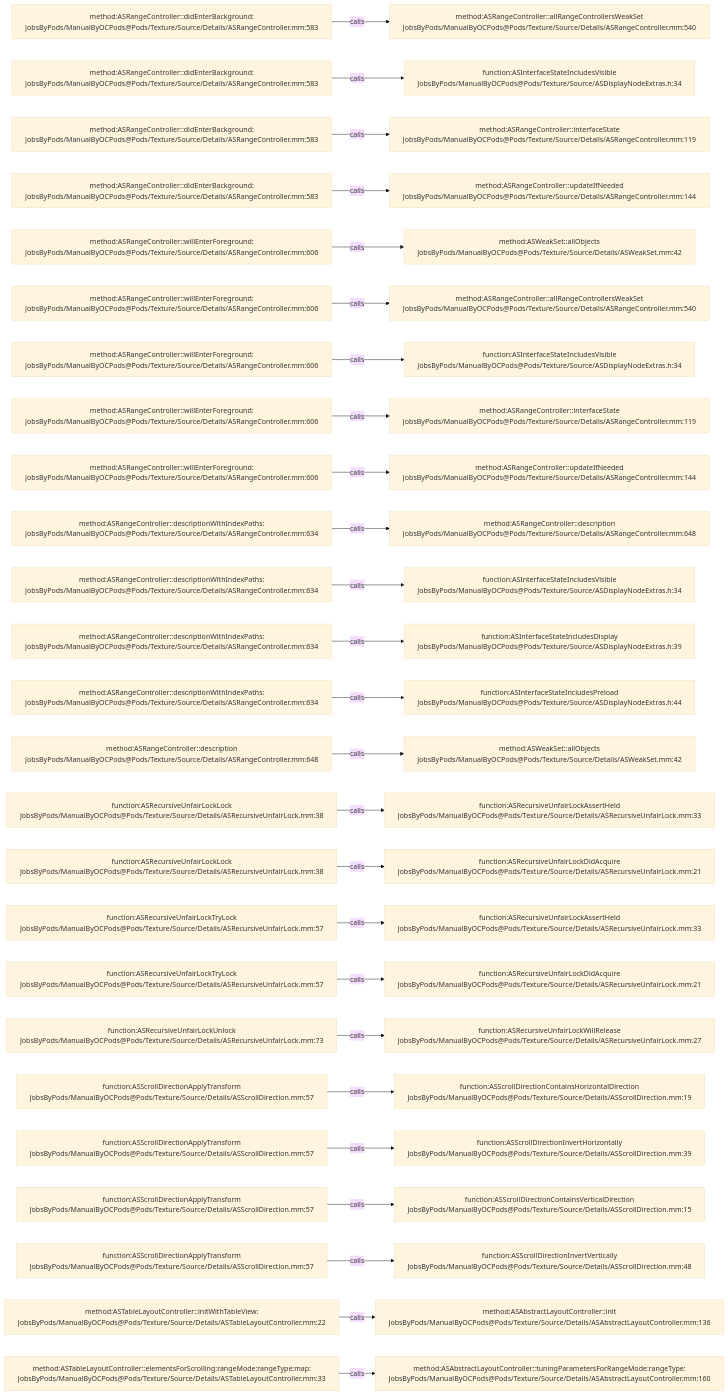
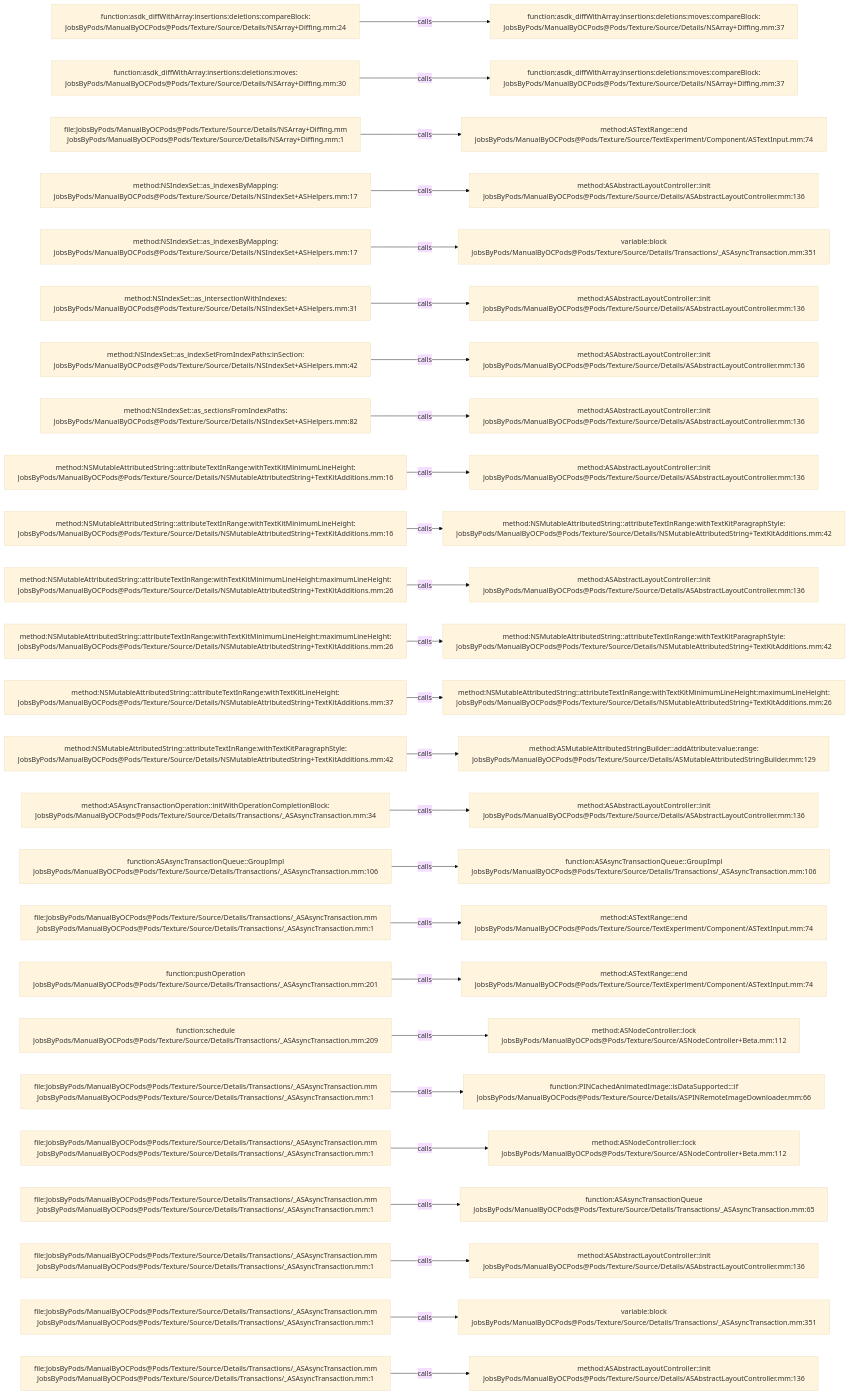
The diagram in .codegraph/codegraph.md/graphs/calls-166.md (JobsKits/JobsOCBaseConfigDemo), drawn with Mermaid (base theme) before and after one commit. The commit also changed 1353 other files, not shown here.

````diff
--- a/.codegraph/codegraph.md/graphs/calls-166.md
+++ b/.codegraph/codegraph.md/graphs/calls-166.md
@@ -13,78 +13,78 @@
 ```mermaid
 flowchart LR
-  S1["method:ASRangeController::didEnterBackground:<br/>JobsByPods/ManualByOCPods@Pods/Texture/Source/Details/ASRangeController.mm:583"]
-  T1["method:ASRangeController::allRangeControllersWeakSet<br/>JobsByPods/ManualByOCPods@Pods/Texture/Source/Details/ASRangeController.mm:540"]
+  S1["function:asdk_diffWithArray:insertions:deletions:compareBlock:<br/>JobsByPods/ManualByOCPods@Pods/Texture/Source/Details/NSArray+Diffing.mm:24"]
+  T1["function:asdk_diffWithArray:insertions:deletions:moves:compareBlock:<br/>JobsByPods/ManualByOCPods@Pods/Texture/Source/Details/NSArray+Diffing.mm:37"]
   S1 -->|calls| T1
-  S2["method:ASRangeController::didEnterBackground:<br/>JobsByPods/ManualByOCPods@Pods/Texture/Source/Details/ASRangeController.mm:583"]
-  T2["function:ASInterfaceStateIncludesVisible<br/>JobsByPods/ManualByOCPods@Pods/Texture/Source/ASDisplayNodeExtras.h:34"]
+  S2["function:asdk_diffWithArray:insertions:deletions:moves:<br/>JobsByPods/ManualByOCPods@Pods/Texture/Source/Details/NSArray+Diffing.mm:30"]
+  T2["function:asdk_diffWithArray:insertions:deletions:moves:compareBlock:<br/>JobsByPods/ManualByOCPods@Pods/Texture/Source/Details/NSArray+Diffing.mm:37"]
   S2 -->|calls| T2
-  S3["method:ASRangeController::didEnterBackground:<br/>JobsByPods/ManualByOCPods@Pods/Texture/Source/Details/ASRangeController.mm:583"]
-  T3["method:ASRangeController::interfaceState<br/>JobsByPods/ManualByOCPods@Pods/Texture/Source/Details/ASRangeController.mm:119"]
+  S3["file:JobsByPods/ManualByOCPods@Pods/Texture/Source/Details/NSArray+Diffing.mm<br/>JobsByPods/ManualByOCPods@Pods/Texture/Source/Details/NSArray+Diffing.mm:1"]
+  T3["method:ASTextRange::end<br/>JobsByPods/ManualByOCPods@Pods/Texture/Source/TextExperiment/Component/ASTextInput.mm:74"]
   S3 -->|calls| T3
-  S4["method:ASRangeController::didEnterBackground:<br/>JobsByPods/ManualByOCPods@Pods/Texture/Source/Details/ASRangeController.mm:583"]
-  T4["method:ASRangeController::updateIfNeeded<br/>JobsByPods/ManualByOCPods@Pods/Texture/Source/Details/ASRangeController.mm:144"]
+  S4["method:NSIndexSet::as_indexesByMapping:<br/>JobsByPods/ManualByOCPods@Pods/Texture/Source/Details/NSIndexSet+ASHelpers.mm:17"]
+  T4["method:ASAbstractLayoutController::init<br/>JobsByPods/ManualByOCPods@Pods/Texture/Source/Details/ASAbstractLayoutController.mm:136"]
   S4 -->|calls| T4
-  S5["method:ASRangeController::willEnterForeground:<br/>JobsByPods/ManualByOCPods@Pods/Texture/Source/Details/ASRangeController.mm:606"]
-  T5["method:ASWeakSet::allObjects<br/>JobsByPods/ManualByOCPods@Pods/Texture/Source/Details/ASWeakSet.mm:42"]
+  S5["method:NSIndexSet::as_indexesByMapping:<br/>JobsByPods/ManualByOCPods@Pods/Texture/Source/Details/NSIndexSet+ASHelpers.mm:17"]
+  T5["variable:block<br/>JobsByPods/ManualByOCPods@Pods/Texture/Source/Details/Transactions/_ASAsyncTransaction.mm:351"]
   S5 -->|calls| T5
-  S6["method:ASRangeController::willEnterForeground:<br/>JobsByPods/ManualByOCPods@Pods/Texture/Source/Details/ASRangeController.mm:606"]
-  T6["method:ASRangeController::allRangeControllersWeakSet<br/>JobsByPods/ManualByOCPods@Pods/Texture/Source/Details/ASRangeController.mm:540"]
+  S6["method:NSIndexSet::as_intersectionWithIndexes:<br/>JobsByPods/ManualByOCPods@Pods/Texture/Source/Details/NSIndexSet+ASHelpers.mm:31"]
+  T6["method:ASAbstractLayoutController::init<br/>JobsByPods/ManualByOCPods@Pods/Texture/Source/Details/ASAbstractLayoutController.mm:136"]
   S6 -->|calls| T6
-  S7["method:ASRangeController::willEnterForeground:<br/>JobsByPods/ManualByOCPods@Pods/Texture/Source/Details/ASRangeController.mm:606"]
-  T7["function:ASInterfaceStateIncludesVisible<br/>JobsByPods/ManualByOCPods@Pods/Texture/Source/ASDisplayNodeExtras.h:34"]
+  S7["method:NSIndexSet::as_indexSetFromIndexPaths:inSection:<br/>JobsByPods/ManualByOCPods@Pods/Texture/Source/Details/NSIndexSet+ASHelpers.mm:42"]
+  T7["method:ASAbstractLayoutController::init<br/>JobsByPods/ManualByOCPods@Pods/Texture/Source/Details/ASAbstractLayoutController.mm:136"]
   S7 -->|calls| T7
-  S8["method:ASRangeController::willEnterForeground:<br/>JobsByPods/ManualByOCPods@Pods/Texture/Source/Details/ASRangeController.mm:606"]
-  T8["method:ASRangeController::interfaceState<br/>JobsByPods/ManualByOCPods@Pods/Texture/Source/Details/ASRangeController.mm:119"]
+  S8["method:NSIndexSet::as_sectionsFromIndexPaths:<br/>JobsByPods/ManualByOCPods@Pods/Texture/Source/Details/NSIndexSet+ASHelpers.mm:82"]
+  T8["method:ASAbstractLayoutController::init<br/>JobsByPods/ManualByOCPods@Pods/Texture/Source/Details/ASAbstractLayoutController.mm:136"]
   S8 -->|calls| T8
-  S9["method:ASRangeController::willEnterForeground:<br/>JobsByPods/ManualByOCPods@Pods/Texture/Source/Details/ASRangeController.mm:606"]
-  T9["method:ASRangeController::updateIfNeeded<br/>JobsByPods/ManualByOCPods@Pods/Texture/Source/Details/ASRangeController.mm:144"]
+  S9["method:NSMutableAttributedString::attributeTextInRange:withTextKitMinimumLineHeight:<br/>JobsByPods/ManualByOCPods@Pods/Texture/Source/Details/NSMutableAttributedString+TextKitAdditions.mm:16"]
+  T9["method:ASAbstractLayoutController::init<br/>JobsByPods/ManualByOCPods@Pods/Texture/Source/Details/ASAbstractLayoutController.mm:136"]
   S9 -->|calls| T9
-  S10["method:ASRangeController::descriptionWithIndexPaths:<br/>JobsByPods/ManualByOCPods@Pods/Texture/Source/Details/ASRangeController.mm:634"]
-  T10["method:ASRangeController::description<br/>JobsByPods/ManualByOCPods@Pods/Texture/Source/Details/ASRangeController.mm:648"]
+  S10["method:NSMutableAttributedString::attributeTextInRange:withTextKitMinimumLineHeight:<br/>JobsByPods/ManualByOCPods@Pods/Texture/Source/Details/NSMutableAttributedString+TextKitAdditions.mm:16"]
+  T10["method:NSMutableAttributedString::attributeTextInRange:withTextKitParagraphStyle:<br/>JobsByPods/ManualByOCPods@Pods/Texture/Source/Details/NSMutableAttributedString+TextKitAdditions.mm:42"]
   S10 -->|calls| T10
-  S11["method:ASRangeController::descriptionWithIndexPaths:<br/>JobsByPods/ManualByOCPods@Pods/Texture/Source/Details/ASRangeController.mm:634"]
-  T11["function:ASInterfaceStateIncludesVisible<br/>JobsByPods/ManualByOCPods@Pods/Texture/Source/ASDisplayNodeExtras.h:34"]
+  S11["method:NSMutableAttributedString::attributeTextInRange:withTextKitMinimumLineHeight:maximumLineHeight:<br/>JobsByPods/ManualByOCPods@Pods/Texture/Source/Details/NSMutableAttributedString+TextKitAdditions.mm:26"]
+  T11["method:ASAbstractLayoutController::init<br/>JobsByPods/ManualByOCPods@Pods/Texture/Source/Details/ASAbstractLayoutController.mm:136"]
   S11 -->|calls| T11
-  S12["method:ASRangeController::descriptionWithIndexPaths:<br/>JobsByPods/ManualByOCPods@Pods/Texture/Source/Details/ASRangeController.mm:634"]
-  T12["function:ASInterfaceStateIncludesDisplay<br/>JobsByPods/ManualByOCPods@Pods/Texture/Source/ASDisplayNodeExtras.h:39"]
+  S12["method:NSMutableAttributedString::attributeTextInRange:withTextKitMinimumLineHeight:maximumLineHeight:<br/>JobsByPods/ManualByOCPods@Pods/Texture/Source/Details/NSMutableAttributedString+TextKitAdditions.mm:26"]
+  T12["method:NSMutableAttributedString::attributeTextInRange:withTextKitParagraphStyle:<br/>JobsByPods/ManualByOCPods@Pods/Texture/Source/Details/NSMutableAttributedString+TextKitAdditions.mm:42"]
   S12 -->|calls| T12
-  S13["method:ASRangeController::descriptionWithIndexPaths:<br/>JobsByPods/ManualByOCPods@Pods/Texture/Source/Details/ASRangeController.mm:634"]
-  T13["function:ASInterfaceStateIncludesPreload<br/>JobsByPods/ManualByOCPods@Pods/Texture/Source/ASDisplayNodeExtras.h:44"]
+  S13["method:NSMutableAttributedString::attributeTextInRange:withTextKitLineHeight:<br/>JobsByPods/ManualByOCPods@Pods/Texture/Source/Details/NSMutableAttributedString+TextKitAdditions.mm:37"]
+  T13["method:NSMutableAttributedString::attributeTextInRange:withTextKitMinimumLineHeight:maximumLineHeight:<br/>JobsByPods/ManualByOCPods@Pods/Texture/Source/Details/NSMutableAttributedString+TextKitAdditions.mm:26"]
   S13 -->|calls| T13
-  S14["method:ASRangeController::description<br/>JobsByPods/ManualByOCPods@Pods/Texture/Source/Details/ASRangeController.mm:648"]
-  T14["method:ASWeakSet::allObjects<br/>JobsByPods/ManualByOCPods@Pods/Texture/Source/Details/ASWeakSet.mm:42"]
+  S14["method:NSMutableAttributedString::attributeTextInRange:withTextKitParagraphStyle:<br/>JobsByPods/ManualByOCPods@Pods/Texture/Source/Details/NSMutableAttributedString+TextKitAdditions.mm:42"]
+  T14["method:ASMutableAttributedStringBuilder::addAttribute:value:range:<br/>JobsByPods/ManualByOCPods@Pods/Texture/Source/Details/ASMutableAttributedStringBuilder.mm:129"]
   S14 -->|calls| T14
-  S15["function:ASRecursiveUnfairLockLock<br/>JobsByPods/ManualByOCPods@Pods/Texture/Source/Details/ASRecursiveUnfairLock.mm:38"]
-  T15["function:ASRecursiveUnfairLockAssertHeld<br/>JobsByPods/ManualByOCPods@Pods/Texture/Source/Details/ASRecursiveUnfairLock.mm:33"]
+  S15["method:ASAsyncTransactionOperation::initWithOperationCompletionBlock:<br/>JobsByPods/ManualByOCPods@Pods/Texture/Source/Details/Transactions/_ASAsyncTransaction.mm:34"]
+  T15["method:ASAbstractLayoutController::init<br/>JobsByPods/ManualByOCPods@Pods/Texture/Source/Details/ASAbstractLayoutController.mm:136"]
   S15 -->|calls| T15
-  S16["function:ASRecursiveUnfairLockLock<br/>JobsByPods/ManualByOCPods@Pods/Texture/Source/Details/ASRecursiveUnfairLock.mm:38"]
-  T16["function:ASRecursiveUnfairLockDidAcquire<br/>JobsByPods/ManualByOCPods@Pods/Texture/Source/Details/ASRecursiveUnfairLock.mm:21"]
+  S16["function:ASAsyncTransactionQueue::GroupImpl<br/>JobsByPods/ManualByOCPods@Pods/Texture/Source/Details/Transactions/_ASAsyncTransaction.mm:106"]
+  T16["function:ASAsyncTransactionQueue::GroupImpl<br/>JobsByPods/ManualByOCPods@Pods/Texture/Source/Details/Transactions/_ASAsyncTransaction.mm:106"]
   S16 -->|calls| T16
-  S17["function:ASRecursiveUnfairLockTryLock<br/>JobsByPods/ManualByOCPods@Pods/Texture/Source/Details/ASRecursiveUnfairLock.mm:57"]
-  T17["function:ASRecursiveUnfairLockAssertHeld<br/>JobsByPods/ManualByOCPods@Pods/Texture/Source/Details/ASRecursiveUnfairLock.mm:33"]
+  S17["file:JobsByPods/ManualByOCPods@Pods/Texture/Source/Details/Transactions/_ASAsyncTransaction.mm<br/>JobsByPods/ManualByOCPods@Pods/Texture/Source/Details/Transactions/_ASAsyncTransaction.mm:1"]
+  T17["method:ASTextRange::end<br/>JobsByPods/ManualByOCPods@Pods/Texture/Source/TextExperiment/Component/ASTextInput.mm:74"]
   S17 -->|calls| T17
-  S18["function:ASRecursiveUnfairLockTryLock<br/>JobsByPods/ManualByOCPods@Pods/Texture/Source/Details/ASRecursiveUnfairLock.mm:57"]
-  T18["function:ASRecursiveUnfairLockDidAcquire<br/>JobsByPods/ManualByOCPods@Pods/Texture/Source/Details/ASRecursiveUnfairLock.mm:21"]
+  S18["function:pushOperation<br/>JobsByPods/ManualByOCPods@Pods/Texture/Source/Details/Transactions/_ASAsyncTransaction.mm:201"]
+  T18["method:ASTextRange::end<br/>JobsByPods/ManualByOCPods@Pods/Texture/Source/TextExperiment/Component/ASTextInput.mm:74"]
   S18 -->|calls| T18
-  S19["function:ASRecursiveUnfairLockUnlock<br/>JobsByPods/ManualByOCPods@Pods/Texture/Source/Details/ASRecursiveUnfairLock.mm:73"]
-  T19["function:ASRecursiveUnfairLockWillRelease<br/>JobsByPods/ManualByOCPods@Pods/Texture/Source/Details/ASRecursiveUnfairLock.mm:27"]
+  S19["function:schedule<br/>JobsByPods/ManualByOCPods@Pods/Texture/Source/Details/Transactions/_ASAsyncTransaction.mm:209"]
+  T19["method:ASNodeController::lock<br/>JobsByPods/ManualByOCPods@Pods/Texture/Source/ASNodeController+Beta.mm:112"]
   S19 -->|calls| T19
-  S20["function:ASScrollDirectionApplyTransform<br/>JobsByPods/ManualByOCPods@Pods/Texture/Source/Details/ASScrollDirection.mm:57"]
-  T20["function:ASScrollDirectionContainsHorizontalDirection<br/>JobsByPods/ManualByOCPods@Pods/Texture/Source/Details/ASScrollDirection.mm:19"]
+  S20["file:JobsByPods/ManualByOCPods@Pods/Texture/Source/Details/Transactions/_ASAsyncTransaction.mm<br/>JobsByPods/ManualByOCPods@Pods/Texture/Source/Details/Transactions/_ASAsyncTransaction.mm:1"]
+  T20["function:PINCachedAnimatedImage::isDataSupported:::if<br/>JobsByPods/ManualByOCPods@Pods/Texture/Source/Details/ASPINRemoteImageDownloader.mm:66"]
   S20 -->|calls| T20
-  S21["function:ASScrollDirectionApplyTransform<br/>JobsByPods/ManualByOCPods@Pods/Texture/Source/Details/ASScrollDirection.mm:57"]
-  T21["function:ASScrollDirectionInvertHorizontally<br/>JobsByPods/ManualByOCPods@Pods/Texture/Source/Details/ASScrollDirection.mm:39"]
+  S21["file:JobsByPods/ManualByOCPods@Pods/Texture/Source/Details/Transactions/_ASAsyncTransaction.mm<br/>JobsByPods/ManualByOCPods@Pods/Texture/Source/Details/Transactions/_ASAsyncTransaction.mm:1"]
+  T21["method:ASNodeController::lock<br/>JobsByPods/ManualByOCPods@Pods/Texture/Source/ASNodeController+Beta.mm:112"]
   S21 -->|calls| T21
-  S22["function:ASScrollDirectionApplyTransform<br/>JobsByPods/ManualByOCPods@Pods/Texture/Source/Details/ASScrollDirection.mm:57"]
-  T22["function:ASScrollDirectionContainsVerticalDirection<br/>JobsByPods/ManualByOCPods@Pods/Texture/Source/Details/ASScrollDirection.mm:15"]
+  S22["file:JobsByPods/ManualByOCPods@Pods/Texture/Source/Details/Transactions/_ASAsyncTransaction.mm<br/>JobsByPods/ManualByOCPods@Pods/Texture/Source/Details/Transactions/_ASAsyncTransaction.mm:1"]
+  T22["function:ASAsyncTransactionQueue<br/>JobsByPods/ManualByOCPods@Pods/Texture/Source/Details/Transactions/_ASAsyncTransaction.mm:65"]
   S22 -->|calls| T22
-  S23["function:ASScrollDirectionApplyTransform<br/>JobsByPods/ManualByOCPods@Pods/Texture/Source/Details/ASScrollDirection.mm:57"]
-  T23["function:ASScrollDirectionInvertVertically<br/>JobsByPods/ManualByOCPods@Pods/Texture/Source/Details/ASScrollDirection.mm:48"]
+  S23["file:JobsByPods/ManualByOCPods@Pods/Texture/Source/Details/Transactions/_ASAsyncTransaction.mm<br/>JobsByPods/ManualByOCPods@Pods/Texture/Source/Details/Transactions/_ASAsyncTransaction.mm:1"]
+  T23["method:ASAbstractLayoutController::init<br/>JobsByPods/ManualByOCPods@Pods/Texture/Source/Details/ASAbstractLayoutController.mm:136"]
   S23 -->|calls| T23
-  S24["method:ASTableLayoutController::initWithTableView:<br/>JobsByPods/ManualByOCPods@Pods/Texture/Source/Details/ASTableLayoutController.mm:22"]
-  T24["method:ASAbstractLayoutController::init<br/>JobsByPods/ManualByOCPods@Pods/Texture/Source/Details/ASAbstractLayoutController.mm:136"]
+  S24["file:JobsByPods/ManualByOCPods@Pods/Texture/Source/Details/Transactions/_ASAsyncTransaction.mm<br/>JobsByPods/ManualByOCPods@Pods/Texture/Source/Details/Transactions/_ASAsyncTransaction.mm:1"]
+  T24["variable:block<br/>JobsByPods/ManualByOCPods@Pods/Texture/Source/Details/Transactions/_ASAsyncTransaction.mm:351"]
   S24 -->|calls| T24
-  S25["method:ASTableLayoutController::elementsForScrolling:rangeMode:rangeType:map:<br/>JobsByPods/ManualByOCPods@Pods/Texture/Source/Details/ASTableLayoutController.mm:33"]
-  T25["method:ASAbstractLayoutController::tuningParametersForRangeMode:rangeType:<br/>JobsByPods/ManualByOCPods@Pods/Texture/Source/Details/ASAbstractLayoutController.mm:160"]
+  S25["file:JobsByPods/ManualByOCPods@Pods/Texture/Source/Details/Transactions/_ASAsyncTransaction.mm<br/>JobsByPods/ManualByOCPods@Pods/Texture/Source/Details/Transactions/_ASAsyncTransaction.mm:1"]
+  T25["method:ASAbstractLayoutController::init<br/>JobsByPods/ManualByOCPods@Pods/Texture/Source/Details/ASAbstractLayoutController.mm:136"]
   S25 -->|calls| T25
 ```
````
